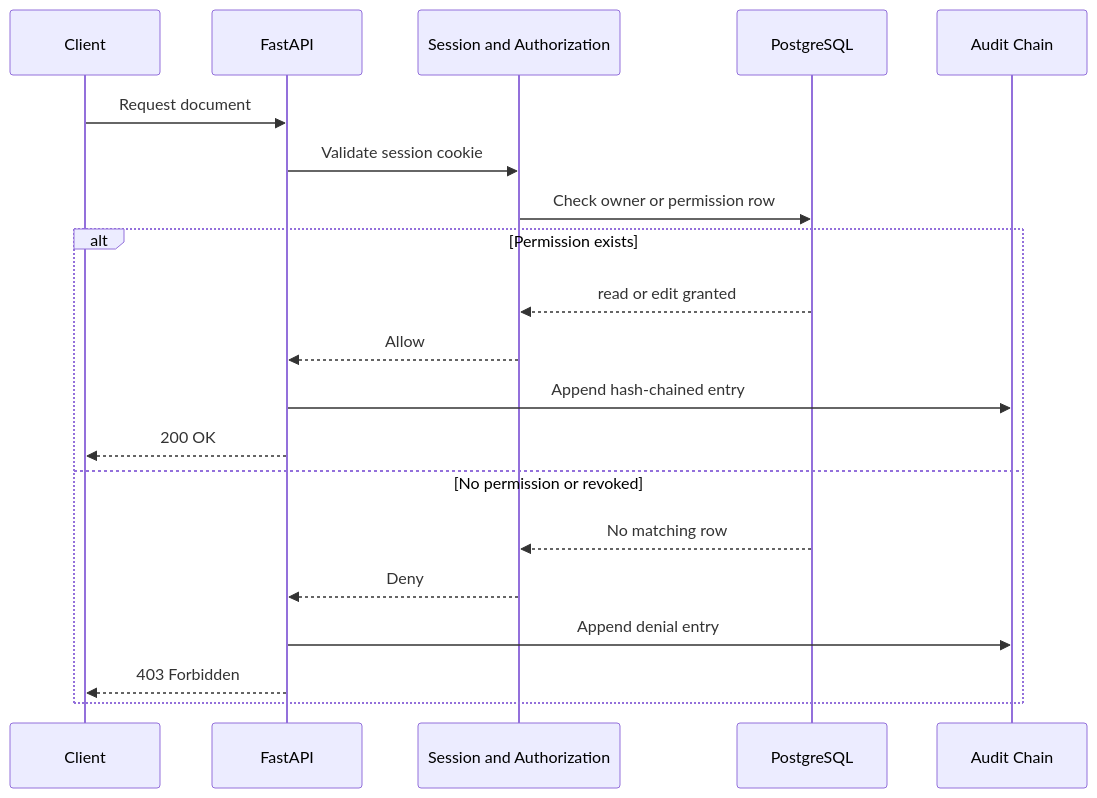
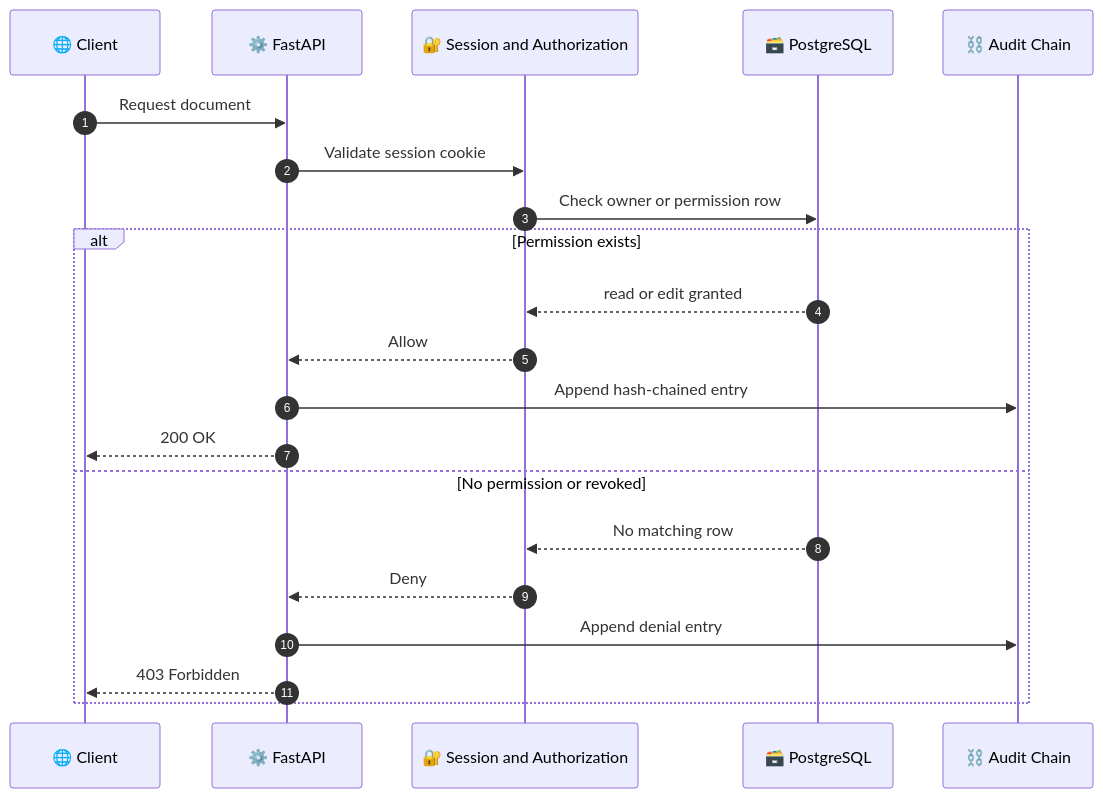
The second of 3 diagrams in README.md (mdadilshariff/Trust_vault), drawn with Mermaid before and after one commit. The commit also changed other lines of this file, not shown here.

````diff
--- a/README.md
+++ b/README.md
@@ -75,23 +118,24 @@
 ```mermaid
 sequenceDiagram
-    participant C as Client
-    participant API as FastAPI
-    participant AUTH as Session and Authorization
-    participant DB as PostgreSQL
-    participant AUD as Audit Chain
+    autonumber
+    participant C as 🌐 Client
+    participant API as ⚙️ FastAPI
+    participant AUTH as 🔐 Session and Authorization
+    participant DB as 🗃️ PostgreSQL
+    participant AUD as ⛓️ Audit Chain
 
     C->>API: Request document
     API->>AUTH: Validate session cookie
     AUTH->>DB: Check owner or permission row
     alt Permission exists
         DB-->>AUTH: read or edit granted
         AUTH-->>API: Allow
         API->>AUD: Append hash-chained entry
         API-->>C: 200 OK
     else No permission or revoked
         DB-->>AUTH: No matching row
         AUTH-->>API: Deny
         API->>AUD: Append denial entry
         API-->>C: 403 Forbidden
     end
 ```
````
